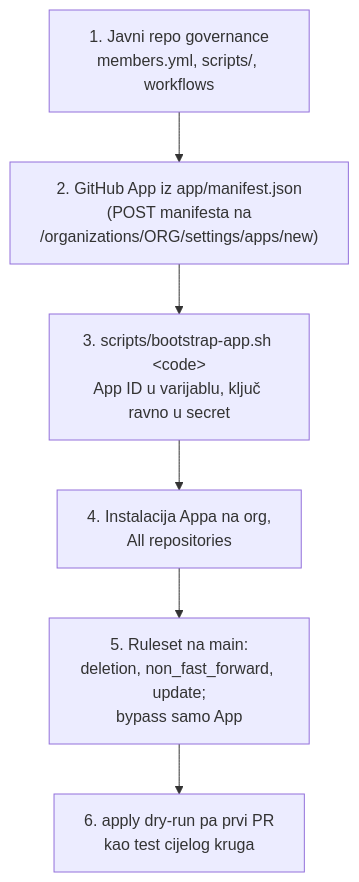
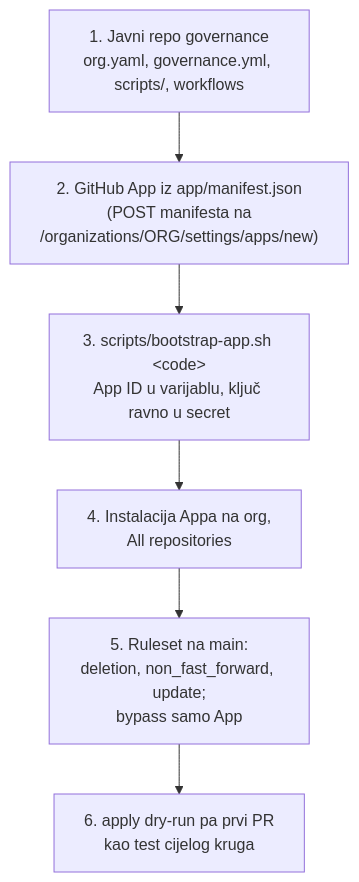
Diagram 14 of 14 in docs/arhitektura.md (catholicit/governance), drawn with Mermaid before and after one commit. The commit also changed other lines of this file and 11 other files, not shown here.

````diff
--- a/docs/arhitektura.md
+++ b/docs/arhitektura.md
@@ -512,8 +578,8 @@
 ```mermaid
 flowchart TD
-    A["1. Javni repo governance<br/>members.yml, scripts/, workflows"] --> B["2. GitHub App iz app/manifest.json<br/>(POST manifesta na<br/>/organizations/ORG/settings/apps/new)"]
+    A["1. Javni repo governance<br/>org.yaml, governance.yml, scripts/, workflows"] --> B["2. GitHub App iz app/manifest.json<br/>(POST manifesta na<br/>/organizations/ORG/settings/apps/new)"]
     B --> C["3. scripts/bootstrap-app.sh &lt;code&gt;<br/>App ID u varijablu, ključ ravno u secret"]
     C --> D["4. Instalacija Appa na org,<br/>All repositories"]
     D --> E["5. Ruleset na main:<br/>deletion, non_fast_forward, update;<br/>bypass samo App"]
     E --> F["6. apply dry-run pa prvi PR<br/>kao test cijelog kruga"]
 ```
````
